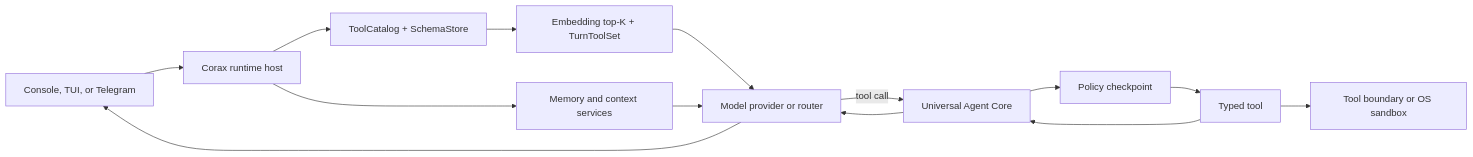
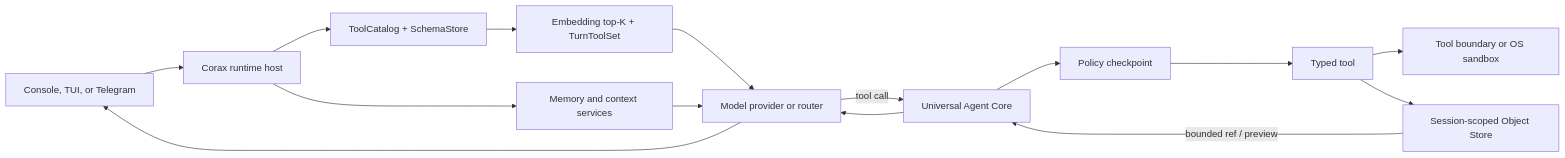
One commit to Alex12571333/corax-agent changed the diagram in README.md. Above: the diagram before and after it, drawn with Mermaid. The commit also changed other lines of this file and 15 other files, not shown here.

````diff
--- a/README.md
+++ b/README.md
@@ -377,16 +422,17 @@
 ```mermaid
 flowchart LR
     Channel["Console, TUI, or Telegram"] --> Host["Corax runtime host"]
     Host --> Catalog["ToolCatalog + SchemaStore"]
     Catalog --> Embed["Embedding top-K + TurnToolSet"]
     Embed --> Model
     Host --> Memory["Memory and context services"]
     Memory --> Model["Model provider or router"]
     Model -->|tool call| Core["Universal Agent Core"]
     Core --> Policy["Policy checkpoint"]
     Policy --> Tool["Typed tool"]
     Tool --> Sandbox["Tool boundary or OS sandbox"]
-    Tool --> Core
+    Tool --> Objects["Session-scoped Object Store"]
+    Objects -->|"bounded ref / preview"| Core
     Core --> Model
     Model --> Channel
 ```
````
